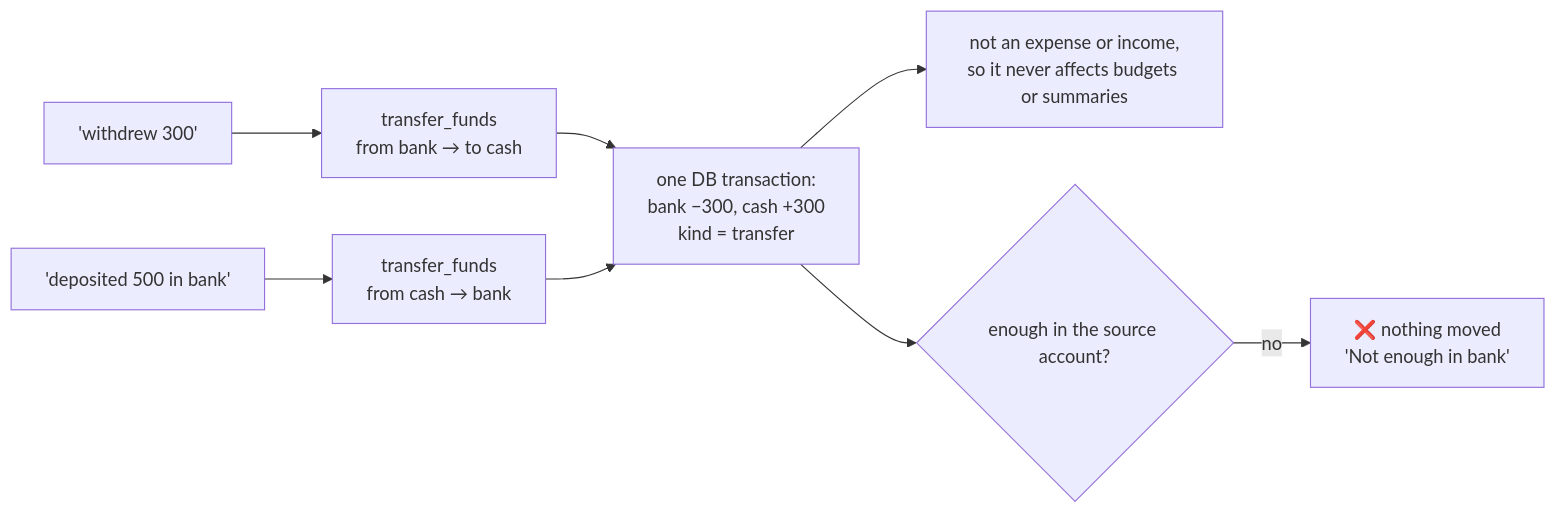
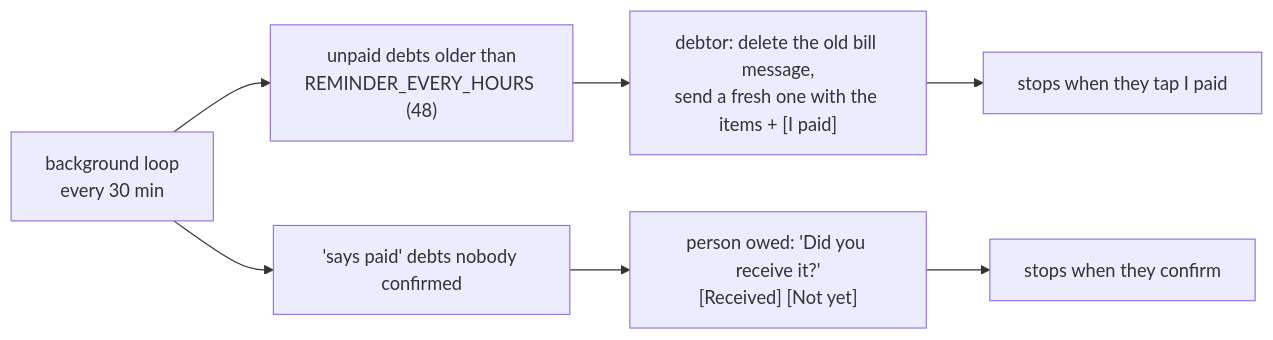
Diagram 11 of 12 in docs/FLOWS.md (yeturu-surya-fission/Expense_Tracker), drawn with Mermaid before and after one commit. The commit also changed other lines of this file and 3 other files, not shown here.

Commit message:
state diagram added

````diff
--- a/docs/FLOWS.md
+++ b/docs/FLOWS.md
@@ -138,10 +278,9 @@
 ```mermaid
 flowchart LR
-    W["'withdrew 300'"] --> T1["transfer_funds<br/>from bank → to cash"]
-    D["'deposited 500 in bank'"] --> T2["transfer_funds<br/>from cash → bank"]
-    T1 --> LD["one DB transaction:<br/>bank −300, cash +300<br/>kind = transfer"]
-    T2 --> LD
-    LD --> NOTE["not an expense or income,<br/>so it never affects budgets or summaries"]
-    LD --> GUARD{"enough in the source account?"}
-    GUARD -->|no| ERR["❌ nothing moved<br/>'Not enough in bank'"]
+    LOOP["background loop<br/>every 30 min"] --> Q["unpaid debts older than<br/>REMINDER_EVERY_HOURS (48)"]
+    Q --> D["debtor: delete the old bill message,<br/>send a fresh one with the items + [I paid]"]
+    LOOP --> Q2["'says paid' debts nobody confirmed"]
+    Q2 --> C["person owed: 'Did you receive it?'<br/>[Received] [Not yet]"]
+    D --> STOP["stops when they tap I paid"]
+    C --> STOP2["stops when they confirm"]
 ```
````
